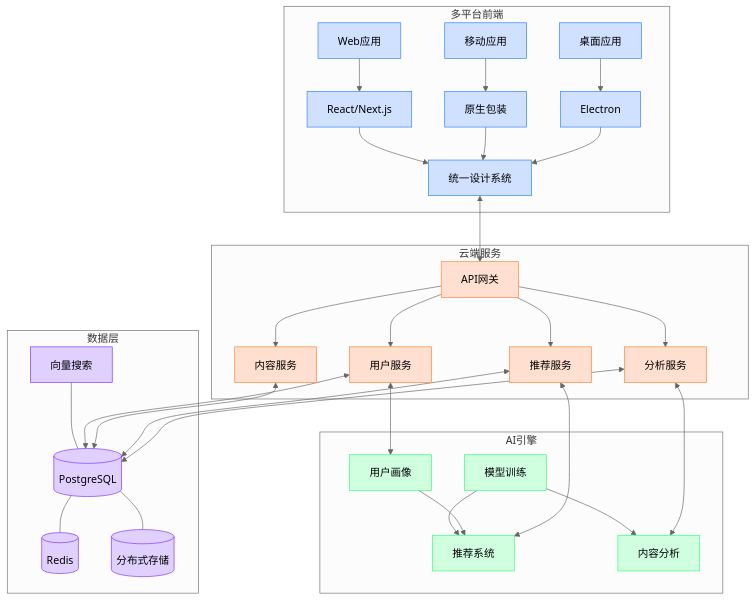
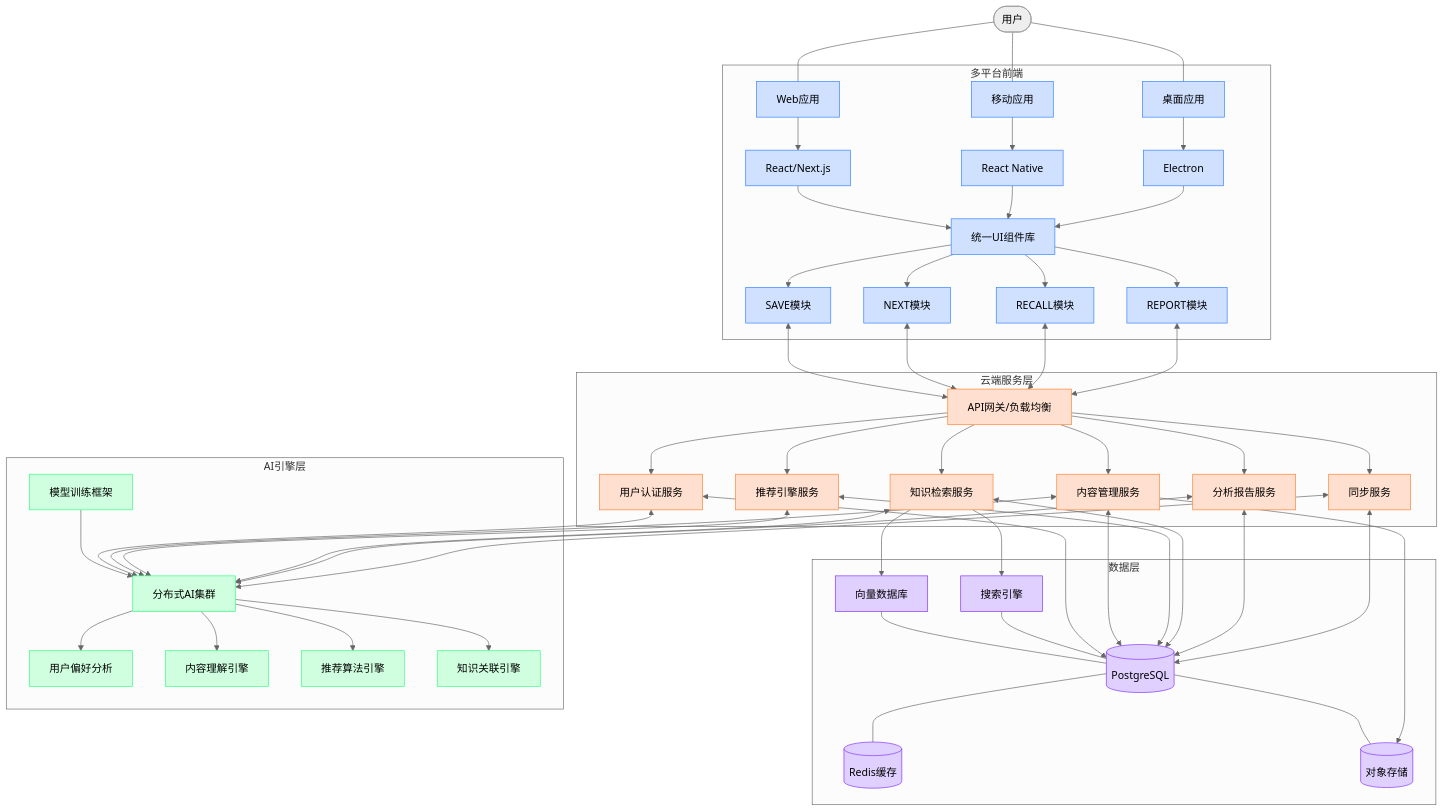
Before and after one commit to EnigmaWU/MyLLM_Arena: the third of 9 diagrams in MyStartups/NextBook/README.md, drawn with Mermaid (neutral theme).

Commit message:
更新《README.md》，重构多平台前端和云端服务架构图，优化模块划分，增强用户对系统架构的理解

````diff
--- a/MyStartups/NextBook/README.md
+++ b/MyStartups/NextBook/README.md
@@ -253,44 +253,61 @@
 ```mermaid
 flowchart TD
+    User([用户]) --- A1 & A2 & A3
+    
     subgraph "多平台前端"
         A1[Web应用] --> B1[React/Next.js]
-        A2[移动应用] --> B2[原生包装]
+        A2[移动应用] --> B2[React Native]
         A3[桌面应用] --> B3[Electron]
-        B1 & B2 & B3 --> C[统一设计系统]
+        
+        B1 & B2 & B3 --> C[统一UI组件库]
+        
+        C --> SaveUIMulti[SAVE模块]
+        C --> NextUIMulti[NEXT模块]
+        C --> RecallUIMulti[RECALL模块]
+        C --> ReportUIMulti[REPORT模块]
     end
     
-    subgraph "云端服务"
-        D[API网关] --> E1[用户服务]
-        D --> E2[内容服务]
-        D --> E3[推荐服务]
-        D --> E4[分析服务]
+    subgraph "云端服务层"
+        D[API网关/负载均衡] --> E1[用户认证服务]
+        D --> E2[内容管理服务]
+        D --> E3[推荐引擎服务]
+        D --> E4[知识检索服务]
+        D --> E5[分析报告服务]
+        D --> E6[同步服务]
     end
     
     subgraph "数据层"
-        F1[(PostgreSQL)] --- F2[(Redis)]
-        F1 --- F3[(分布式存储)]
-        F4[向量搜索] --- F1
+        F1[(PostgreSQL)] --- F2[(Redis缓存)]
+        F1 --- F3[(对象存储)]
+        F4[向量数据库] --- F1
+        F5[搜索引擎] --- F1
     end
     
-    subgraph "AI引擎"
-        G1[模型训练] --> G2[推荐系统]
-        G1 --> G3[内容分析]
-        G4[用户画像] --> G2
+    subgraph "AI引擎层"
+        G1[分布式AI集群] --> G2[用户偏好分析]
+        G1 --> G3[内容理解引擎]
+        G1 --> G4[推荐算法引擎]
+        G1 --> G5[知识关联引擎]
+        
+        G6[模型训练框架] --> G1
     end
     
-    C <--> D
-    E1 & E2 & E3 & E4 <--> F1
-    E3 <--> G2
-    E4 <--> G3
-    E1 <--> G4
+    SaveUIMulti & NextUIMulti & RecallUIMulti & ReportUIMulti <--> D
+    
+    E1 & E2 & E3 & E4 & E5 & E6 <--> F1
+    E1 & E2 & E3 & E4 & E5 & E6 <--> G1
+    
+    E2 --> F3
+    E4 --> F4
+    E4 --> F5
     
     classDef frontend fill:#d0e0ff,stroke:#3080ff
     classDef backend fill:#ffe0d0,stroke:#ff8030
     classDef data fill:#e0d0ff,stroke:#8030ff
     classDef ai fill:#d0ffe0,stroke:#30ff80
     
-    class A1,A2,A3,B1,B2,B3,C frontend
-    class D,E1,E2,E3,E4 backend
-    class F1,F2,F3,F4 data
-    class G1,G2,G3,G4 ai
+    class A1,A2,A3,B1,B2,B3,C,SaveUIMulti,NextUIMulti,RecallUIMulti,ReportUIMulti frontend
+    class D,E1,E2,E3,E4,E5,E6 backend
+    class F1,F2,F3,F4,F5 data
+    class G1,G2,G3,G4,G5,G6 ai
 ```
````
